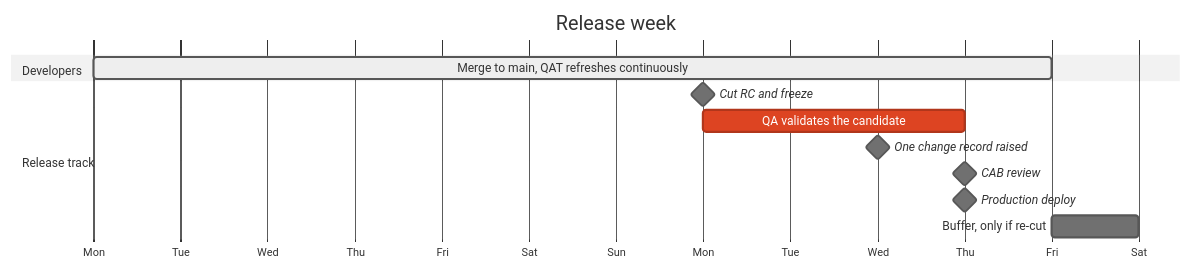
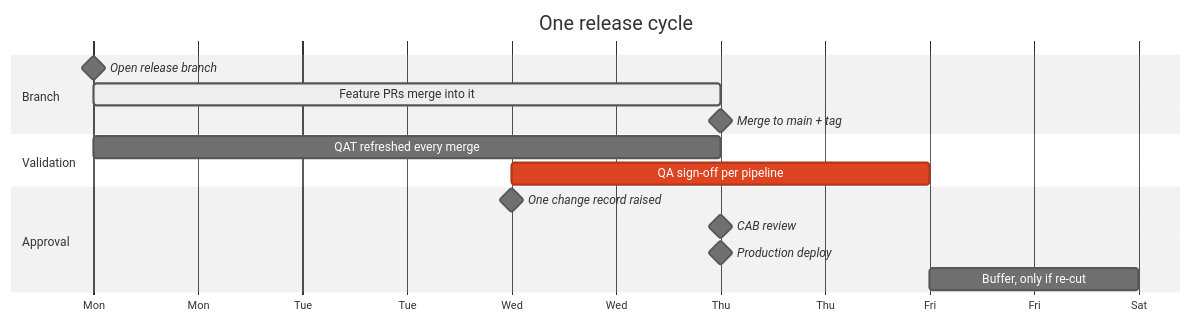
The second of 6 diagrams in docs/workflow-diagrams.md (vkriskanth/dataops-test), drawn with Mermaid (neutral theme) before and after one commit. The commit also changed other lines of this file and 10 other files, not shown here.

````diff
--- a/docs/workflow-diagrams.md
+++ b/docs/workflow-diagrams.md
@@ -52,18 +61,22 @@
 ```mermaid
 gantt
-    title Release week
+    title One release cycle
     dateFormat YYYY-MM-DD
     axisFormat %a
     todayMarker off
 
-    section Developers
-    Merge to main, QAT refreshes continuously :active, d1, 2026-10-12, 11d
+    section Branch
+    Open release branch        :milestone, m0, 2026-10-19, 0d
+    Feature PRs merge into it  :active, d1, 2026-10-19, 3d
+    Merge to main + tag        :milestone, m5, 2026-10-22, 0d
 
-    section Release track
-    Cut RC and freeze          :milestone, m1, 2026-10-19, 0d
-    QA validates the candidate :crit, qa, 2026-10-19, 3d
+    section Validation
+    QAT refreshed every merge  :q1, 2026-10-19, 3d
+    QA sign-off per pipeline   :crit, qa, 2026-10-21, 2d
+
+    section Approval
     One change record raised   :milestone, m2, 2026-10-21, 0d
     CAB review                 :milestone, m3, 2026-10-22, 0d
     Production deploy          :milestone, m4, 2026-10-22, 0d
     Buffer, only if re-cut     :buf, 2026-10-23, 1d
 ```
````
